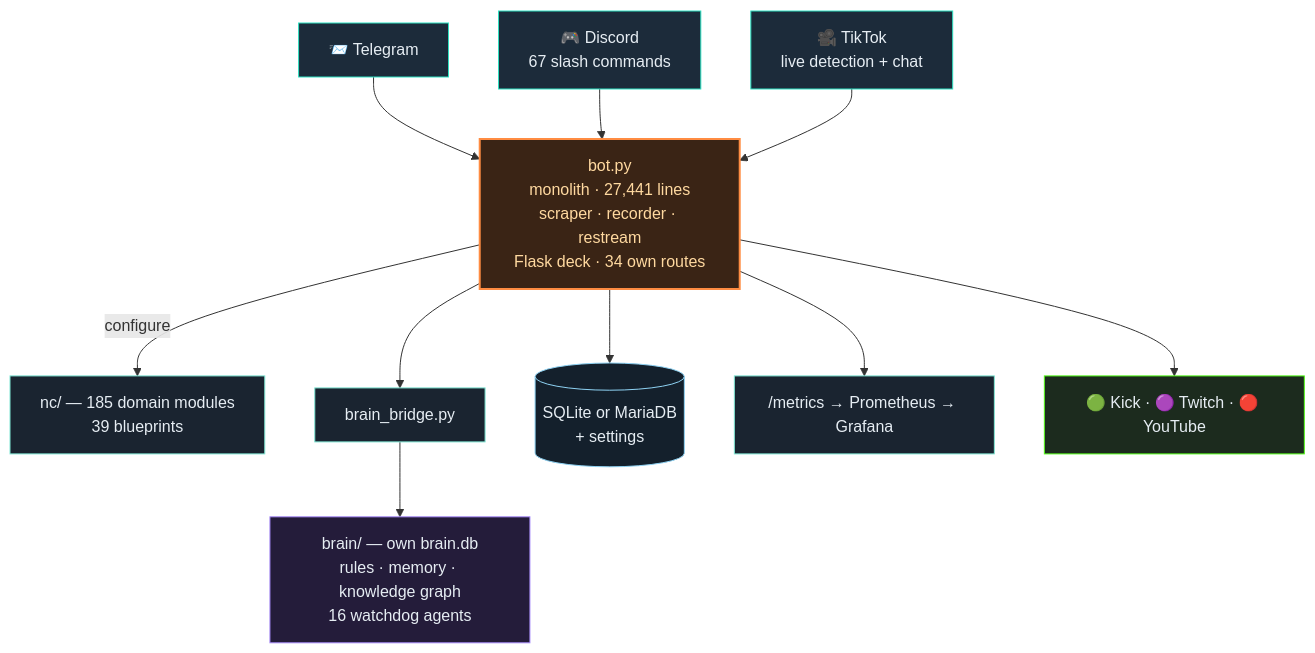
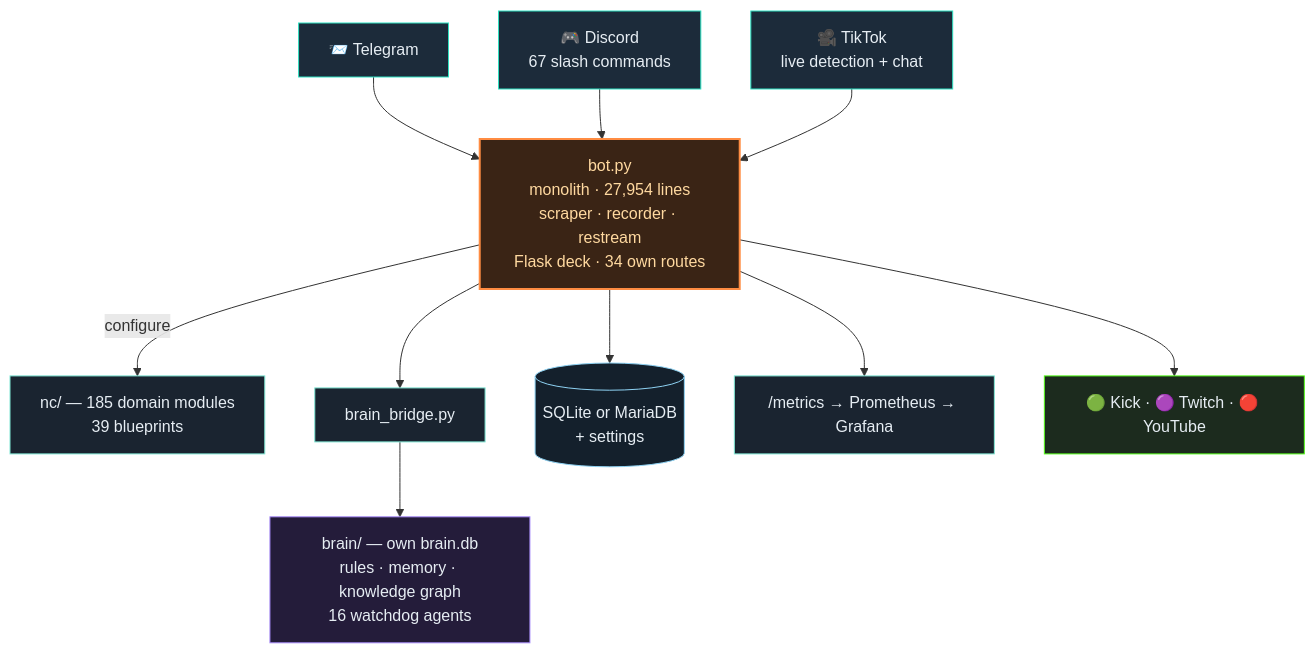
Before and after one commit to itsamemedev/Telegram-Stream-Info-Bot: the second of 3 diagrams in README.en.md, drawn with Mermaid. The commit also changed other lines of this file and 46 other files, not shown here.

````diff
--- a/README.en.md
+++ b/README.en.md
@@ -119,19 +119,19 @@
 ```mermaid
 flowchart TB
     TG["📨 Telegram"]:::ein --> BOT
     DC["🎮 Discord<br/>67 slash commands"]:::ein --> BOT
     TT["🎥 TikTok<br/>live detection + chat"]:::ein --> BOT
-    BOT["bot.py<br/>monolith · 27,441 lines<br/>scraper · recorder · restream<br/>Flask deck · 34 own routes"]:::core
+    BOT["bot.py<br/>monolith · 27,954 lines<br/>scraper · recorder · restream<br/>Flask deck · 34 own routes"]:::core
     BOT -->|configure| NC["nc/ — 185 domain modules<br/>39 blueprints"]:::lib
     BOT --> BR["brain_bridge.py"]:::lib
     BR --> BRAIN["brain/ — own brain.db<br/>rules · memory · knowledge graph<br/>16 watchdog agents"]:::brain
     BOT --> DB[("SQLite or MariaDB<br/>+ settings")]:::db
     BOT --> PROM["/metrics → Prometheus → Grafana"]:::lib
     BOT --> OUT["🟢 Kick · 🟣 Twitch · 🔴 YouTube"]:::out
     classDef ein fill:#1c2b3a,stroke:#2de1c2,color:#e6edf3
     classDef core fill:#3a2415,stroke:#ff8c42,stroke-width:2px,color:#ffd9a0
     classDef lib fill:#1a2430,stroke:#7fe7d4,color:#e6edf3
     classDef brain fill:#241c3a,stroke:#a78bfa,color:#e6edf3
     classDef db fill:#14202c,stroke:#8fd3f4,color:#e6edf3
     classDef out fill:#1c2b1e,stroke:#53fc18,color:#e6edf3
 ```
````
